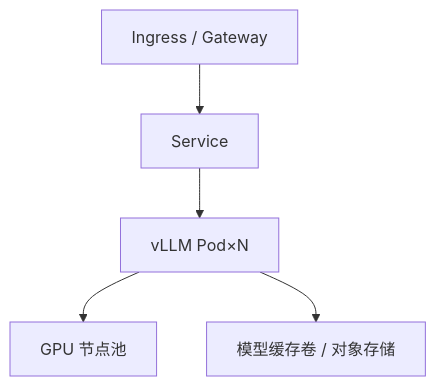
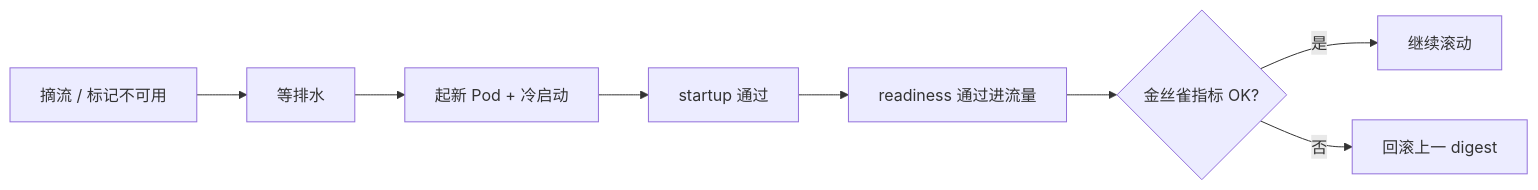
One commit to tqm6666/AIInfraGuide changed the diagram in docs/guides/模块四-推理优化/第10章-生产部署与运维/10.1-容器化与Kubernetes部署.md. Above: the diagram before and after it, drawn with Mermaid. The commit also changed other lines of this file and 4 other files, not shown here.

````diff
--- a/docs/guides/模块四-推理优化/第10章-生产部署与运维/10.1-容器化与Kubernetes部署.md
+++ b/docs/guides/模块四-推理优化/第10章-生产部署与运维/10.1-容器化与Kubernetes部署.md
@@ -129,7 +151,10 @@
 ```mermaid
-flowchart TB
-    A["Ingress / Gateway"] --> B["Service"]
-    B --> C["vLLM Pod×N"]
-    C --> D["GPU 节点池"]
-    C --> E["模型缓存卷 / 对象存储"]
+flowchart LR
+    A["摘流 / 标记不可用"] --> B["等排水"]
+    B --> C["起新 Pod + 冷启动"]
+    C --> D["startup 通过"]
+    D --> E["readiness 通过进流量"]
+    E --> F{"金丝雀指标 OK?"}
+    F -->|是| G["继续滚动"]
+    F -->|否| H["回滚上一 digest"]
 ```
````
